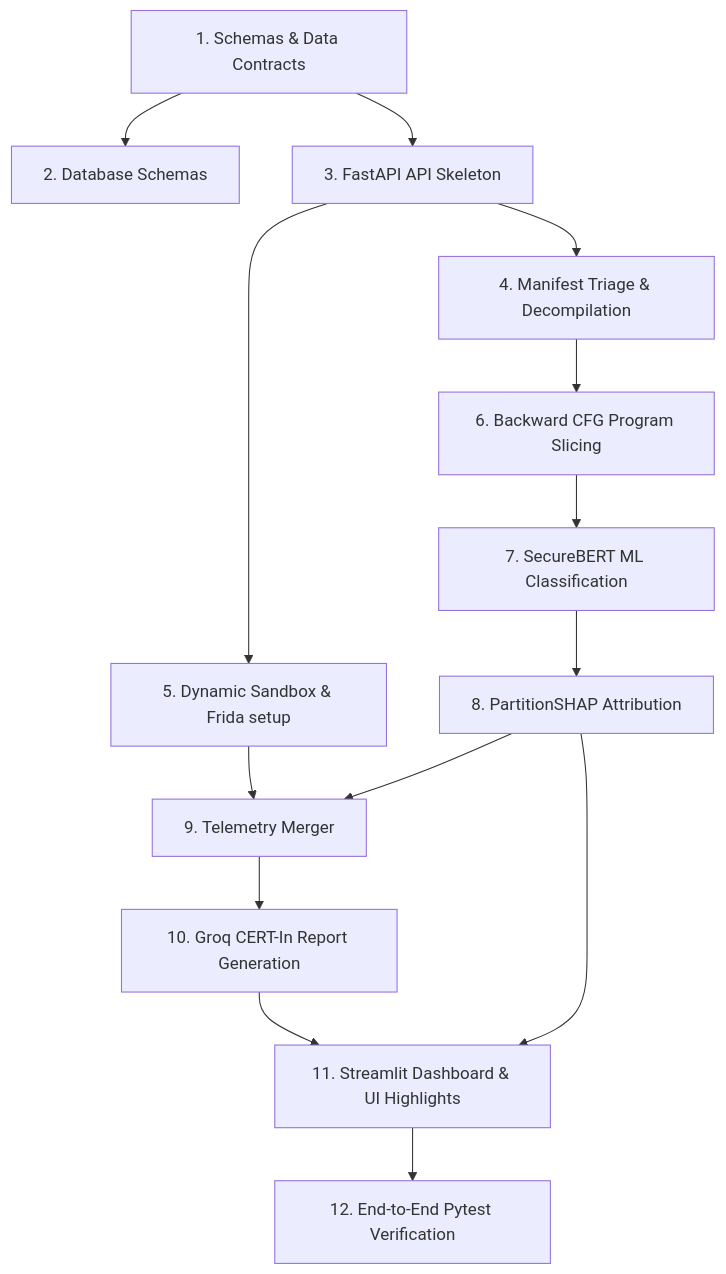
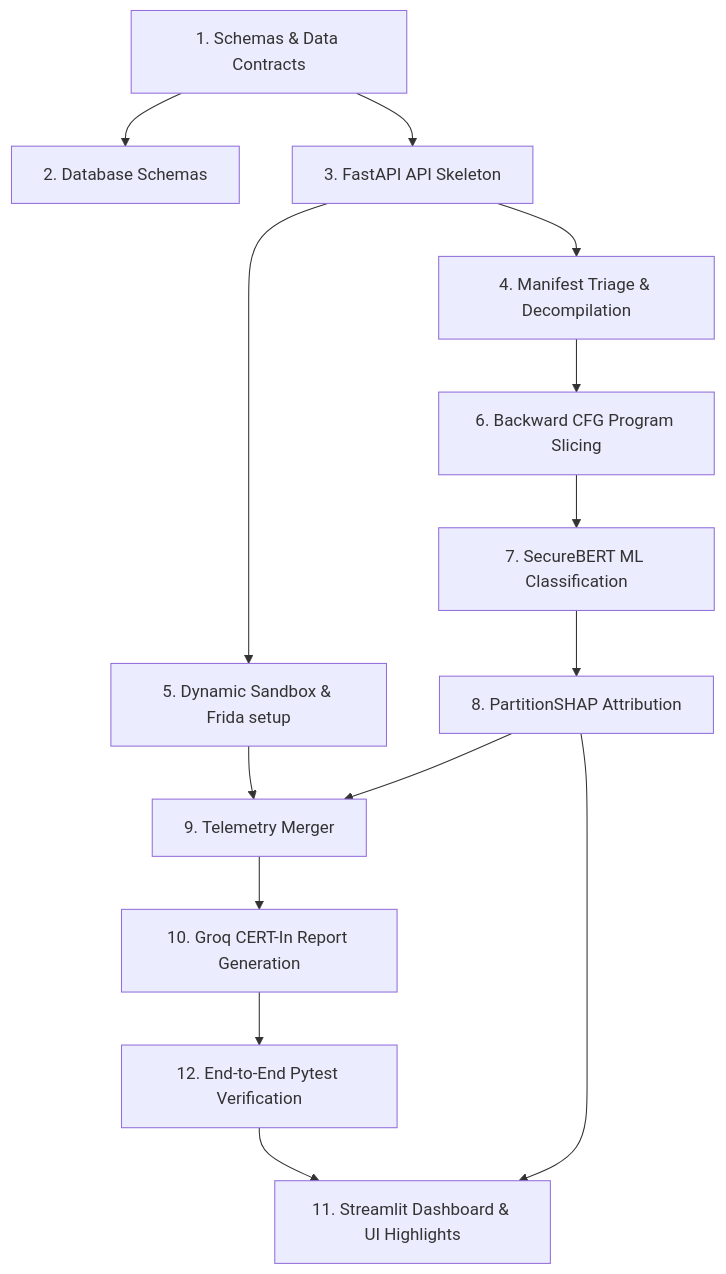
Before and after one commit to pranavrajgali/Kavach: the diagram in docs/plans/integration_roadmap.md, drawn with Mermaid. The commit also changed other lines of this file and 4 other files, not shown here.

Commit message:
Reschedule Streamlit frontend to Phase 6 and testing to Phase 5 in timelines and plans

````diff
--- a/docs/plans/integration_roadmap.md
+++ b/docs/plans/integration_roadmap.md
@@ -9,27 +9,27 @@
 ```mermaid
 graph TD
     %% Phase 1
     P1[1. Schemas & Data Contracts] --> P2[2. Database Schemas]
     P1 --> P3[3. FastAPI API Skeleton]
     
     %% Phase 2
     P3 --> P4[4. Manifest Triage & Decompilation]
     P3 --> P5[5. Dynamic Sandbox & Frida setup]
     
     %% Phase 3
     P4 --> P6[6. Backward CFG Program Slicing]
     P6 --> P7[7. SecureBERT ML Classification]
     P7 --> P8[8. PartitionSHAP Attribution]
     
     %% Phase 4
     P5 --> P9[9. Telemetry Merger]
     P8 --> P9
     
     %% Phase 5
     P9 --> P10[10. Groq CERT-In Report Generation]
-    P10 --> P11[11. Streamlit Dashboard & UI Highlights]
-    P8 --> P11
+    P10 --> P12[12. End-to-End Pytest Verification]
     
     %% Phase 6
-    P11 --> P12[12. End-to-End Pytest Verification]
+    P12 --> P11[11. Streamlit Dashboard & UI Highlights]
+    P8 --> P11
 ```
````
